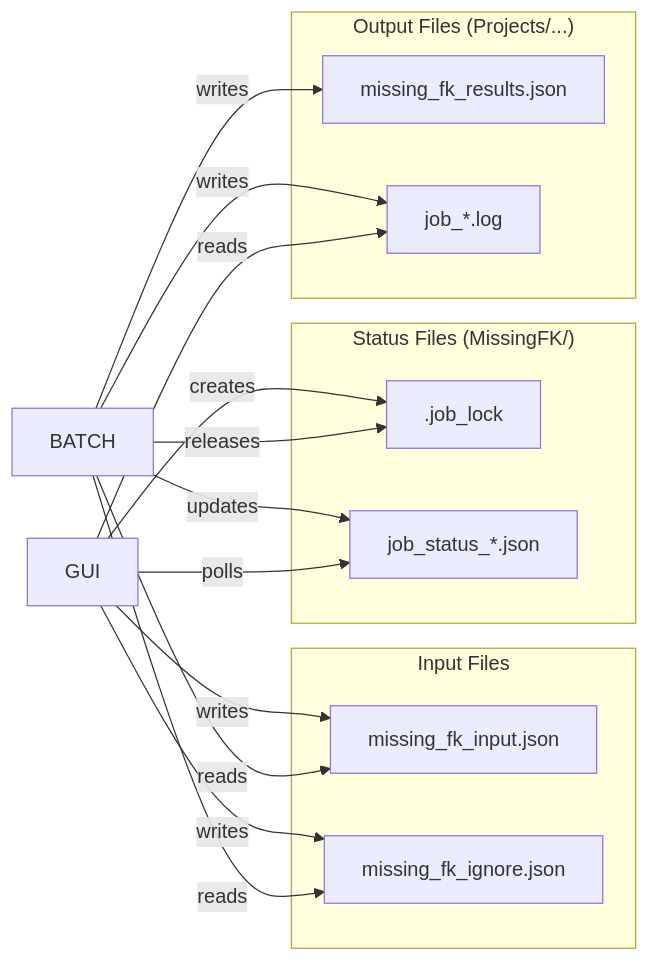
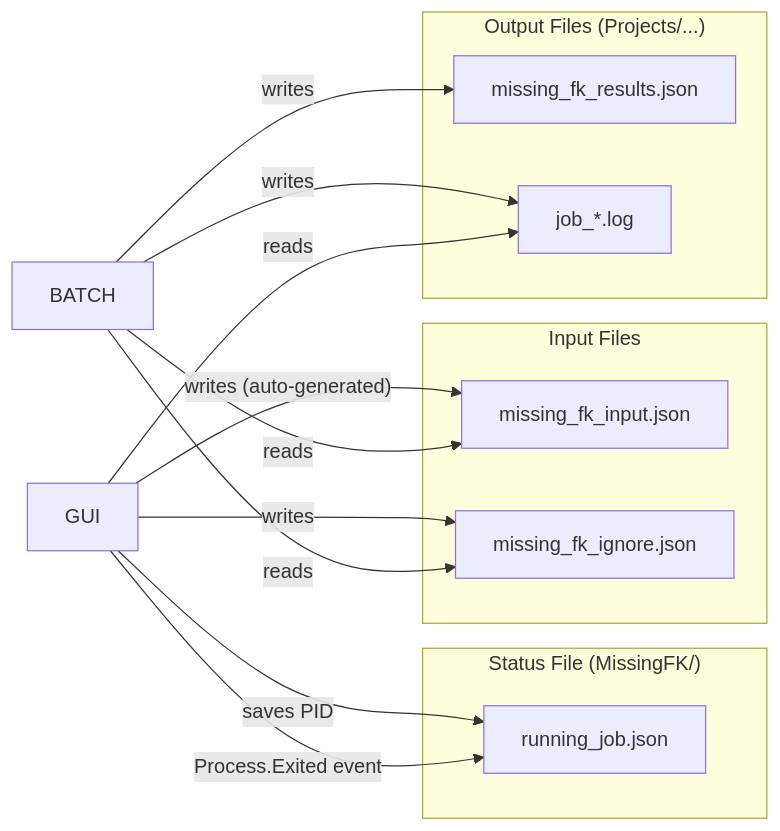
Before and after one commit to stagei/WindowsDb2Editor: the third of 4 diagrams in MarkdownDoc/MISSING_FK_BATCH_JOB_ARCHITECTURE.md, drawn with Mermaid. The commit also changed other lines of this file, not shown here.

Commit message:
Update architecture doc with PID-based tracking approach

````diff
--- a/MarkdownDoc/MISSING_FK_BATCH_JOB_ARCHITECTURE.md
+++ b/MarkdownDoc/MISSING_FK_BATCH_JOB_ARCHITECTURE.md
@@ -208,31 +208,28 @@
 ```mermaid
 graph LR
     subgraph "Input Files"
         IN1[missing_fk_input.json]
         IN2[missing_fk_ignore.json]
     end
     
-    subgraph "Status Files (MissingFK/)"
-        LOCK[.job_lock]
-        STATUS[job_status_*.json]
+    subgraph "Status File (MissingFK/)"
+        PID[running_job.json]
     end
     
     subgraph "Output Files (Projects/...)"
         OUT1[missing_fk_results.json]
         LOG[job_*.log]
     end
     
-    GUI -->|writes| IN1
+    GUI -->|"writes (auto-generated)"| IN1
     GUI -->|writes| IN2
-    GUI -->|creates| LOCK
+    GUI -->|"saves PID"| PID
     
     BATCH -->|reads| IN1
     BATCH -->|reads| IN2
-    BATCH -->|updates| STATUS
     BATCH -->|writes| OUT1
     BATCH -->|writes| LOG
-    BATCH -->|releases| LOCK
     
-    GUI -->|polls| STATUS
+    GUI -->|"Process.Exited event"| PID
     GUI -->|reads| LOG
 ```
````
